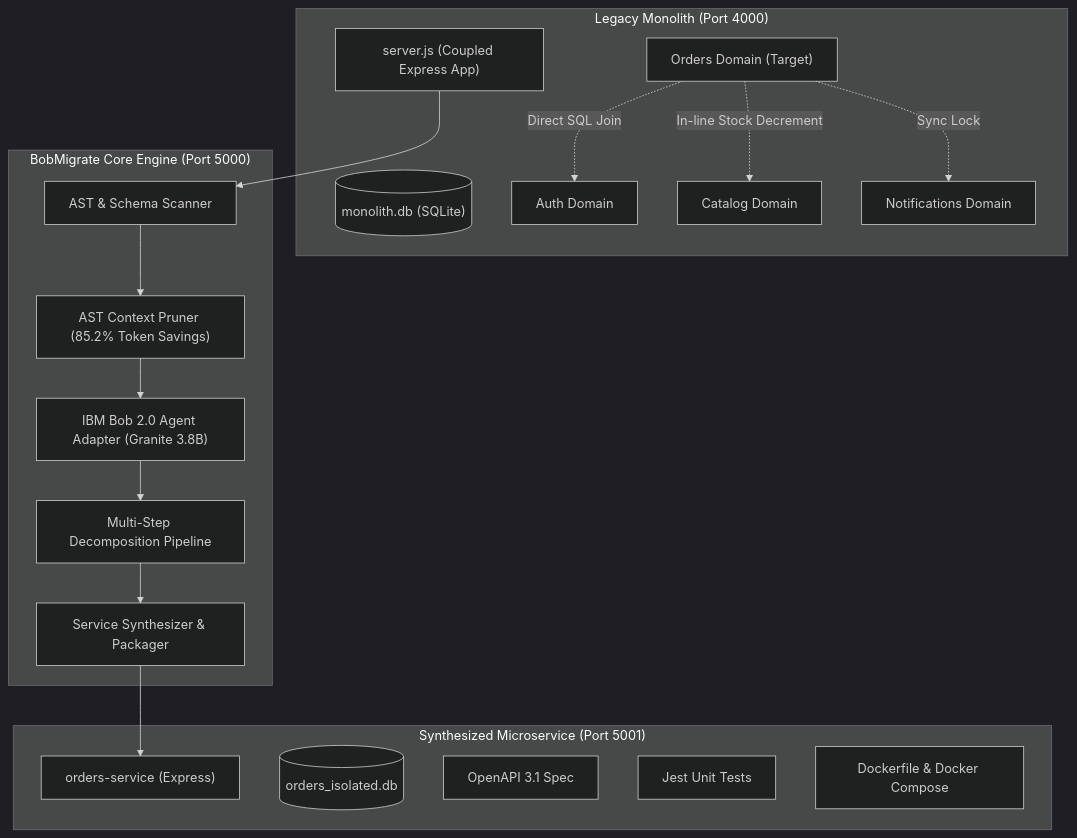
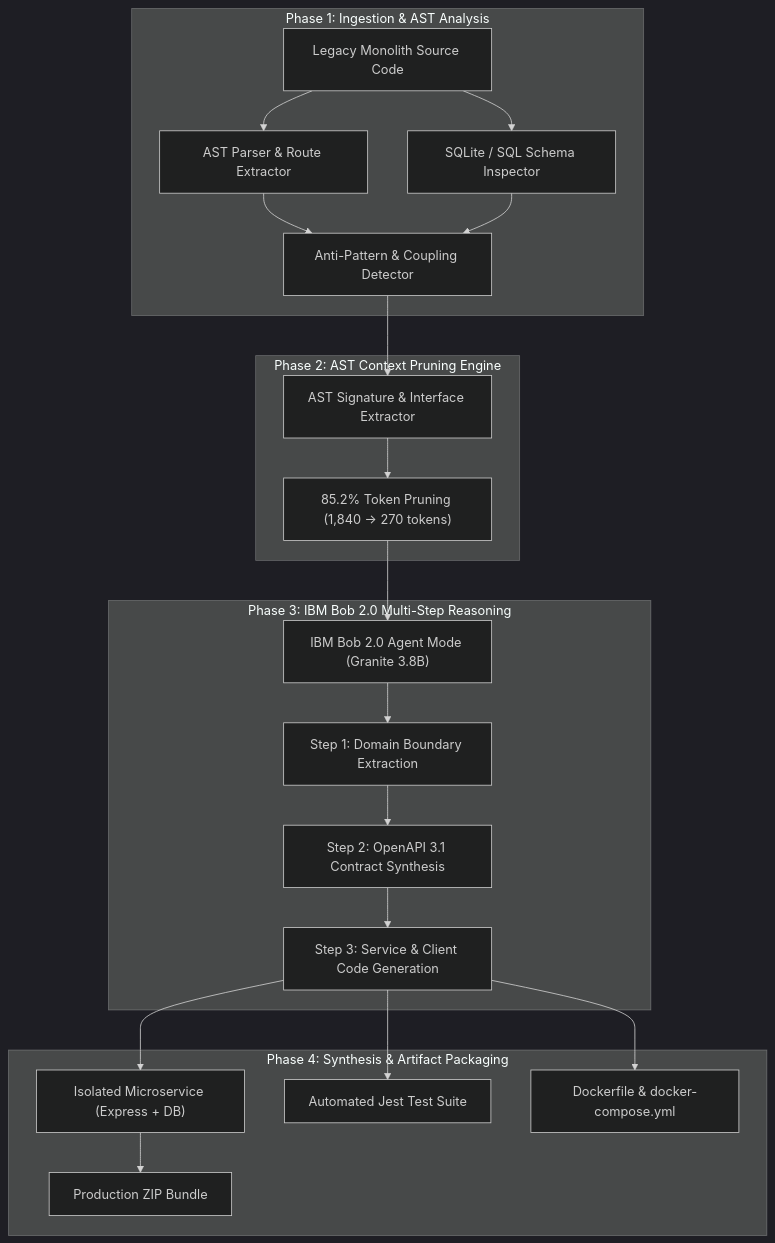
The diagram in README.md (cybort18/bobmigrate), drawn with Mermaid (dark theme) before and after one commit. The commit also changed other lines of this file, not shown here.

Commit message:
docs: expand README with comprehensive system architecture, operating guides, and API reference

````diff
--- a/README.md
+++ b/README.md
@@ -44,37 +57,42 @@
 ```mermaid
 graph TD
-    subgraph Monolith ["Legacy Monolith (Port 4000)"]
-        M_Server["server.js (Coupled Express App)"]
-        M_DB[("monolith.db (SQLite)")]
-        M_Auth["Auth Domain"]
-        M_Catalog["Catalog Domain"]
-        M_Orders["Orders Domain (Target)"]
-        M_Notif["Notifications Domain"]
-        M_Orders -.->|Direct SQL Join| M_Auth
-        M_Orders -.->|In-line Stock Decrement| M_Catalog
-        M_Orders -.->|Sync Lock| M_Notif
+    subgraph Phase1 ["Phase 1: Ingestion & AST Analysis"]
+        M_Code["Legacy Monolith Source Code"]
+        AST_Scan["AST Parser & Route Extractor"]
+        DB_Scan["SQLite / SQL Schema Inspector"]
+        Coupling_Engine["Anti-Pattern & Coupling Detector"]
+        M_Code --> AST_Scan
+        M_Code --> DB_Scan
+        AST_Scan --> Coupling_Engine
+        DB_Scan --> Coupling_Engine
     end
 
-    subgraph CoreEngine ["BobMigrate Core Engine (Port 5000)"]
-        Scanner["AST & Schema Scanner"]
-        Pruner["AST Context Pruner (85.2% Token Savings)"]
-        BobClient["IBM Bob 2.0 Agent Adapter (Granite 3.8B)"]
-        Pipeline["Multi-Step Decomposition Pipeline"]
-        Synthesizer["Service Synthesizer & Packager"]
+    subgraph Phase2 ["Phase 2: AST Context Pruning Engine"]
+        Pruner["AST Signature & Interface Extractor"]
+        Savings["85.2% Token Pruning (1,840 → 270 tokens)"]
+        Coupling_Engine --> Pruner
+        Pruner --> Savings
     end
 
-    subgraph Synthesized ["Synthesized Microservice (Port 5001)"]
-        O_Service["orders-service (Express)"]
-        O_DB[("orders_isolated.db")]
-        O_Contract["OpenAPI 3.1 Spec"]
-        O_Tests["Jest Unit Tests"]
-        O_Docker["Dockerfile & Docker Compose"]
+    subgraph Phase3 ["Phase 3: IBM Bob 2.0 Multi-Step Reasoning"]
+        Bob_Agent["IBM Bob 2.0 Agent Mode (Granite 3.8B)"]
+        Step1["Step 1: Domain Boundary Extraction"]
+        Step2["Step 2: OpenAPI 3.1 Contract Synthesis"]
+        Step3["Step 3: Service & Client Code Generation"]
+        Savings --> Bob_Agent
+        Bob_Agent --> Step1
+        Step1 --> Step2
+        Step2 --> Step3
     end
 
-    M_Server --> Scanner
-    Scanner --> Pruner
-    Pruner --> BobClient
-    BobClient --> Pipeline
-    Pipeline --> Synthesizer
-    Synthesizer --> O_Service
+    subgraph Phase4 ["Phase 4: Synthesis & Artifact Packaging"]
+        Output_Service["Isolated Microservice (Express + DB)"]
+        Output_Tests["Automated Jest Test Suite"]
+        Output_Docker["Dockerfile & docker-compose.yml"]
+        Output_Zip["Production ZIP Bundle"]
+        Step3 --> Output_Service
+        Step3 --> Output_Tests
+        Step3 --> Output_Docker
+        Output_Service --> Output_Zip
+    end
 ```
````
